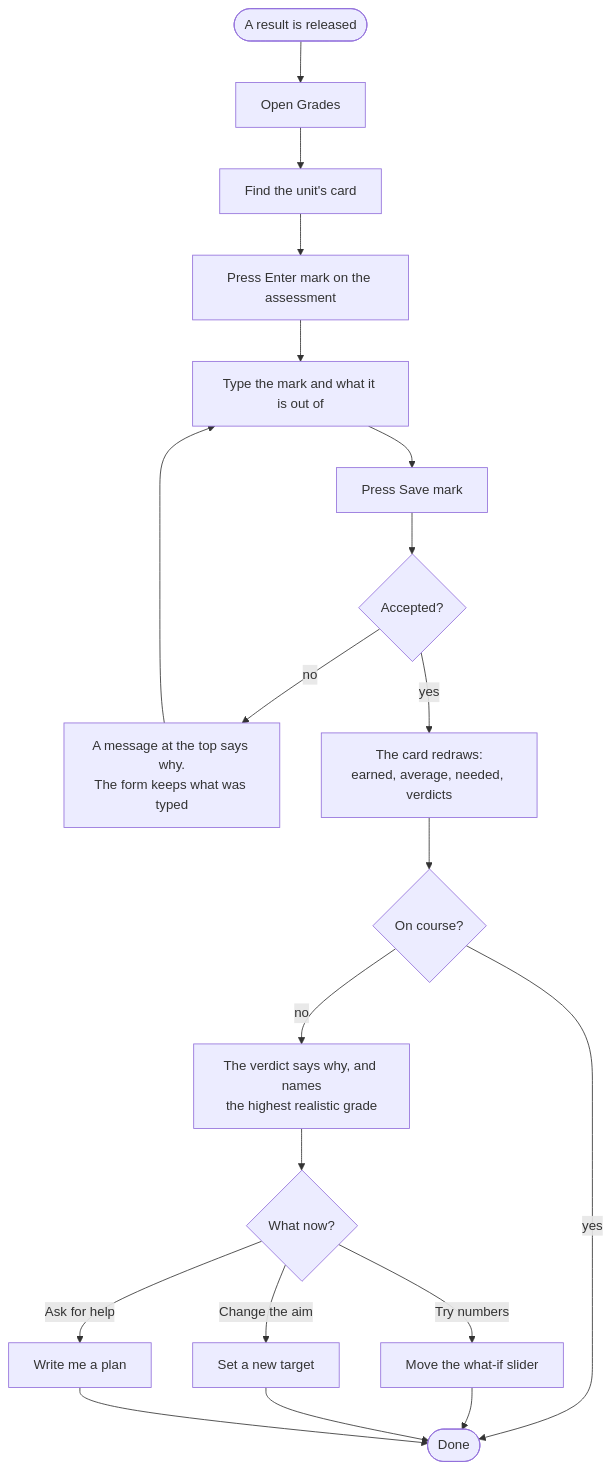
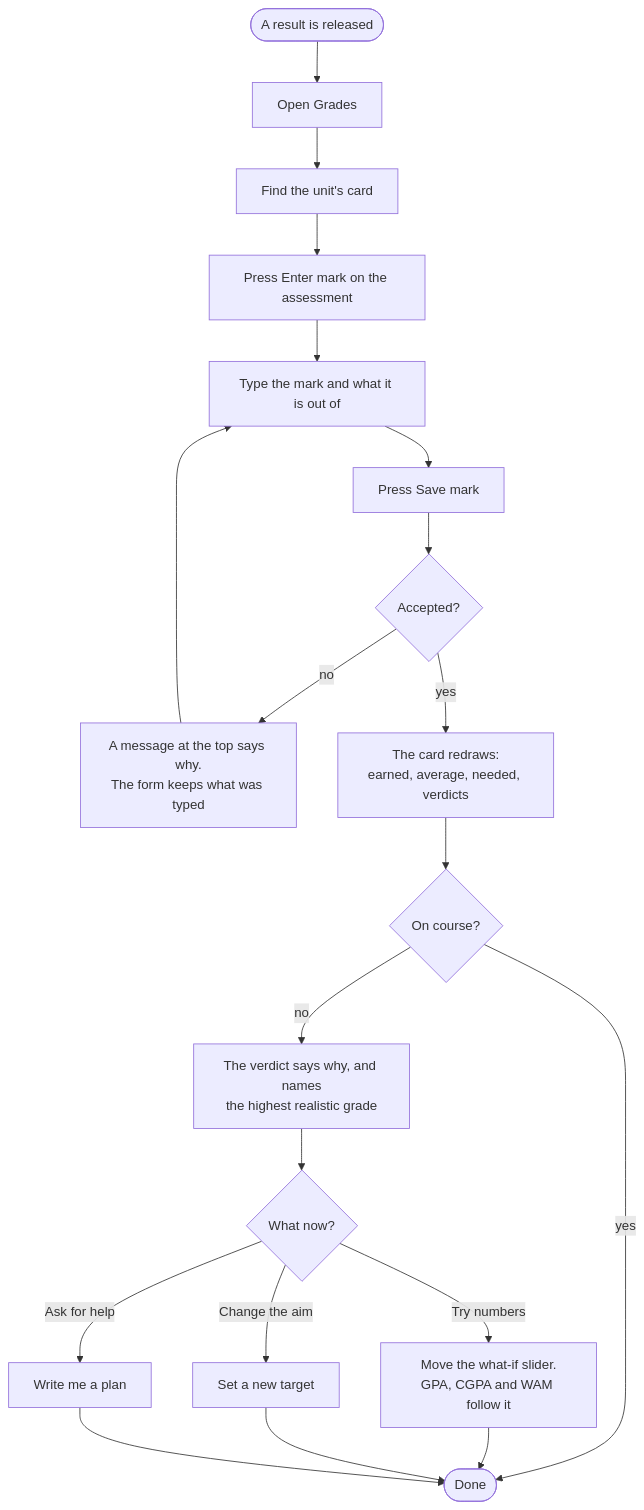
One commit to sih2006/Everything-A-Monash-Malaysia-Student-Would-Need changed the third of 6 diagrams in docs/02-design/app-flow.md. Above: the diagram before and after it, drawn with Mermaid. The commit also changed other lines of this file and 30 other files, not shown here.

````diff
--- a/docs/02-design/app-flow.md
+++ b/docs/02-design/app-flow.md
@@ -69,21 +73,21 @@
 ```mermaid
 flowchart TD
   start([A result is released]) --> g[Open Grades]
   g --> u[Find the unit's card]
   u --> e[Press Enter mark on the assessment]
   e --> t[Type the mark and what it is out of]
   t --> s[Press Save mark]
   s --> ok{Accepted?}
   ok -- no --> msg[A message at the top says why.<br/>The form keeps what was typed] --> t
   ok -- yes --> show[The card redraws:<br/>earned, average, needed, verdicts]
   show --> q{On course?}
   q -- yes --> done([Done])
   q -- no --> why[The verdict says why, and names<br/>the highest realistic grade]
   why --> act{What now?}
-  act -- "Try numbers" --> slider[Move the what-if slider]
+  act -- "Try numbers" --> slider[Move the what-if slider.<br/>GPA, CGPA and WAM follow it]
   act -- "Change the aim" --> lower[Set a new target]
   act -- "Ask for help" --> plan[Write me a plan]
   slider --> done
   lower --> done
   plan --> done
 ```
````
